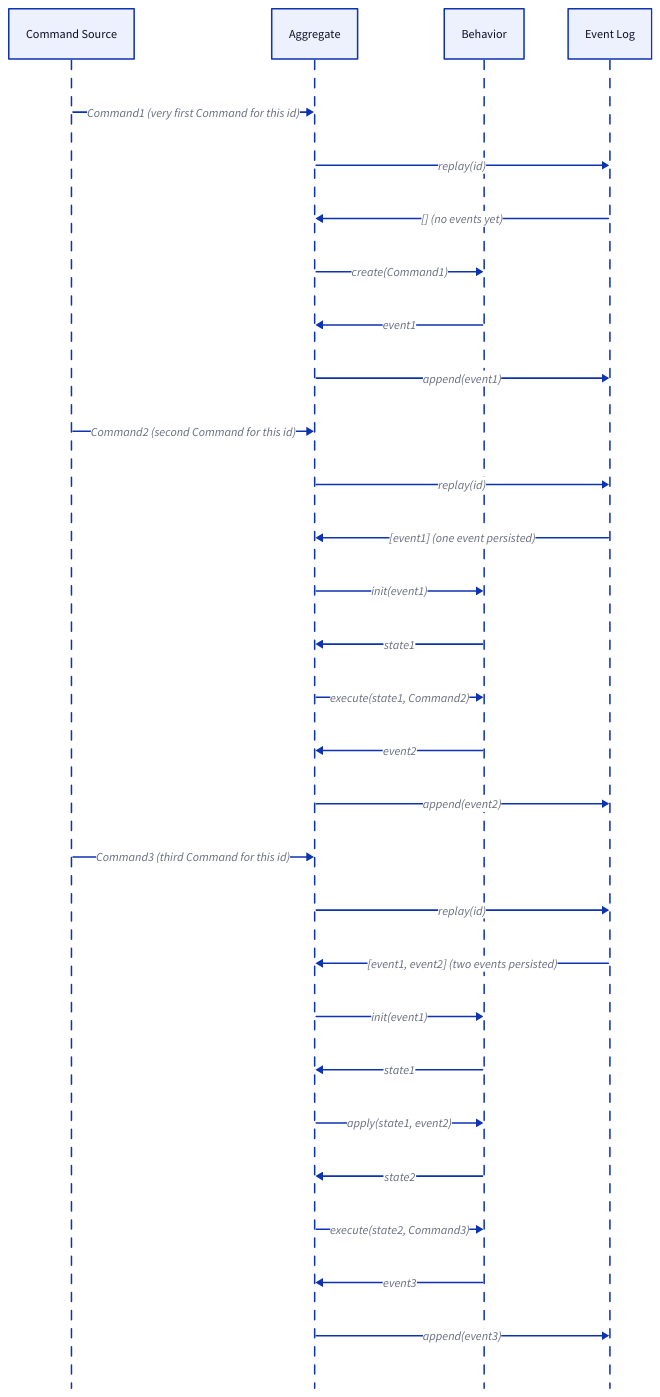
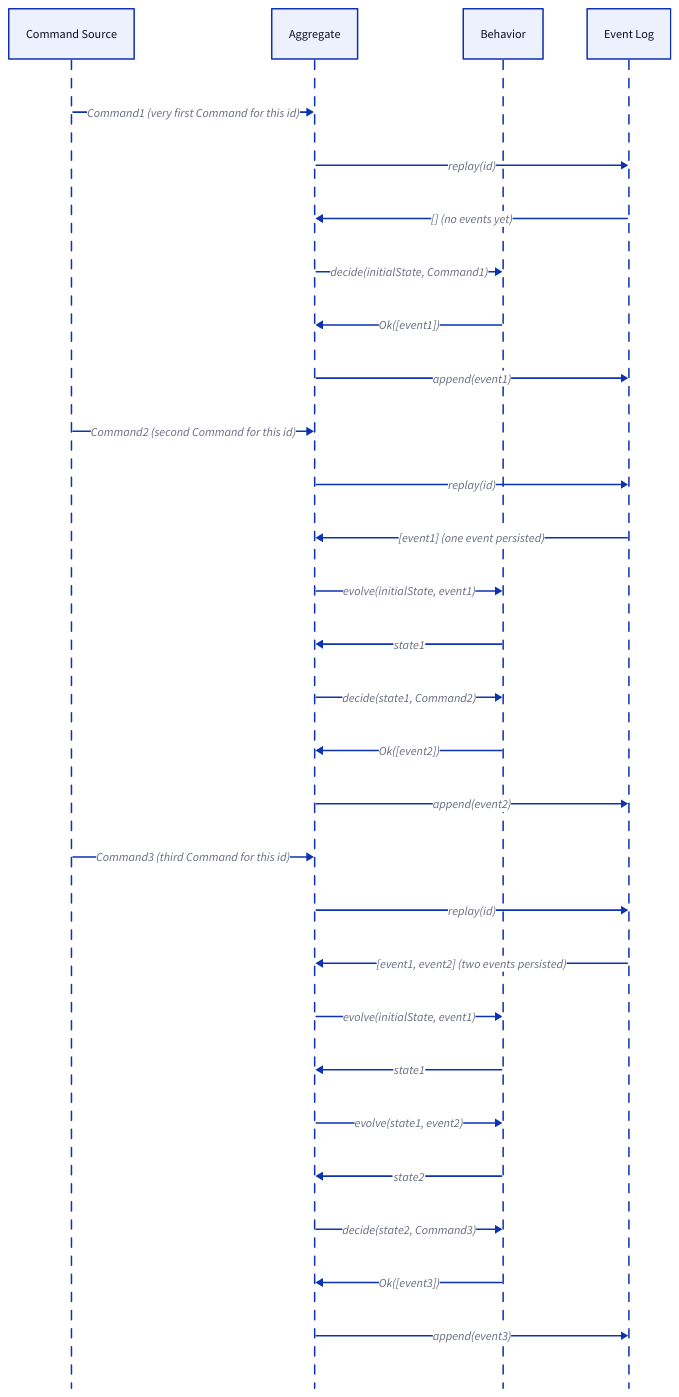
The second of 2 diagrams in packages/doc/docs-app/components/aggregate.md (ReventlessDev/reventless-core), drawn with D2 before and after one commit. The commit also changed other lines of this file and 230 other files, not shown here.

````diff
--- a/packages/doc/docs-app/components/aggregate.md
+++ b/packages/doc/docs-app/components/aggregate.md
@@ -260,35 +221,35 @@
 ```d2
 shape: sequence_diagram
 
 CommandSource: Command Source { class: command-generator }
 Aggregate: Aggregate { class: aggregate }
 Behavior: Behavior { class: spec }
 EventLog: Event Log { class: event-log }
 
 CommandSource -> Aggregate: "Command1 (very first Command for this id)"
 Aggregate -> EventLog: "replay(id)"
 EventLog --> Aggregate: "[] (no events yet)"
-Aggregate -> Behavior: "create(Command1)"
-Behavior --> Aggregate: event1
+Aggregate -> Behavior: "decide(initialState, Command1)"
+Behavior --> Aggregate: "Ok([event1])"
 Aggregate -> EventLog: "append(event1)"
 
 CommandSource -> Aggregate: "Command2 (second Command for this id)"
 Aggregate -> EventLog: "replay(id)"
 EventLog --> Aggregate: "[event1] (one event persisted)"
-Aggregate -> Behavior: "init(event1)"
+Aggregate -> Behavior: "evolve(initialState, event1)"
 Behavior --> Aggregate: state1
-Aggregate -> Behavior: "execute(state1, Command2)"
-Behavior --> Aggregate: event2
+Aggregate -> Behavior: "decide(state1, Command2)"
+Behavior --> Aggregate: "Ok([event2])"
 Aggregate -> EventLog: "append(event2)"
 
 CommandSource -> Aggregate: "Command3 (third Command for this id)"
 Aggregate -> EventLog: "replay(id)"
 EventLog --> Aggregate: "[event1, event2] (two events persisted)"
-Aggregate -> Behavior: "init(event1)"
+Aggregate -> Behavior: "evolve(initialState, event1)"
 Behavior --> Aggregate: state1
-Aggregate -> Behavior: "apply(state1, event2)"
+Aggregate -> Behavior: "evolve(state1, event2)"
 Behavior --> Aggregate: state2
-Aggregate -> Behavior: "execute(state2, Command3)"
-Behavior --> Aggregate: event3
+Aggregate -> Behavior: "decide(state2, Command3)"
+Behavior --> Aggregate: "Ok([event3])"
 Aggregate -> EventLog: "append(event3)"
 ```
````
